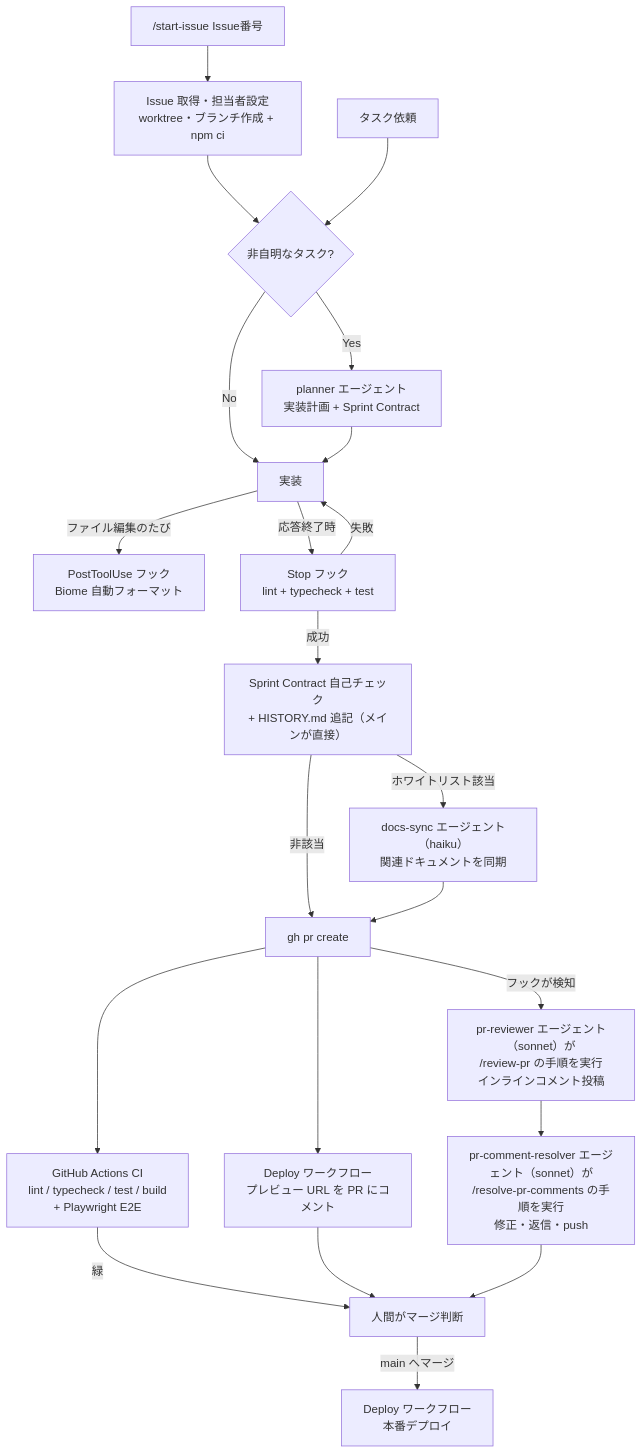
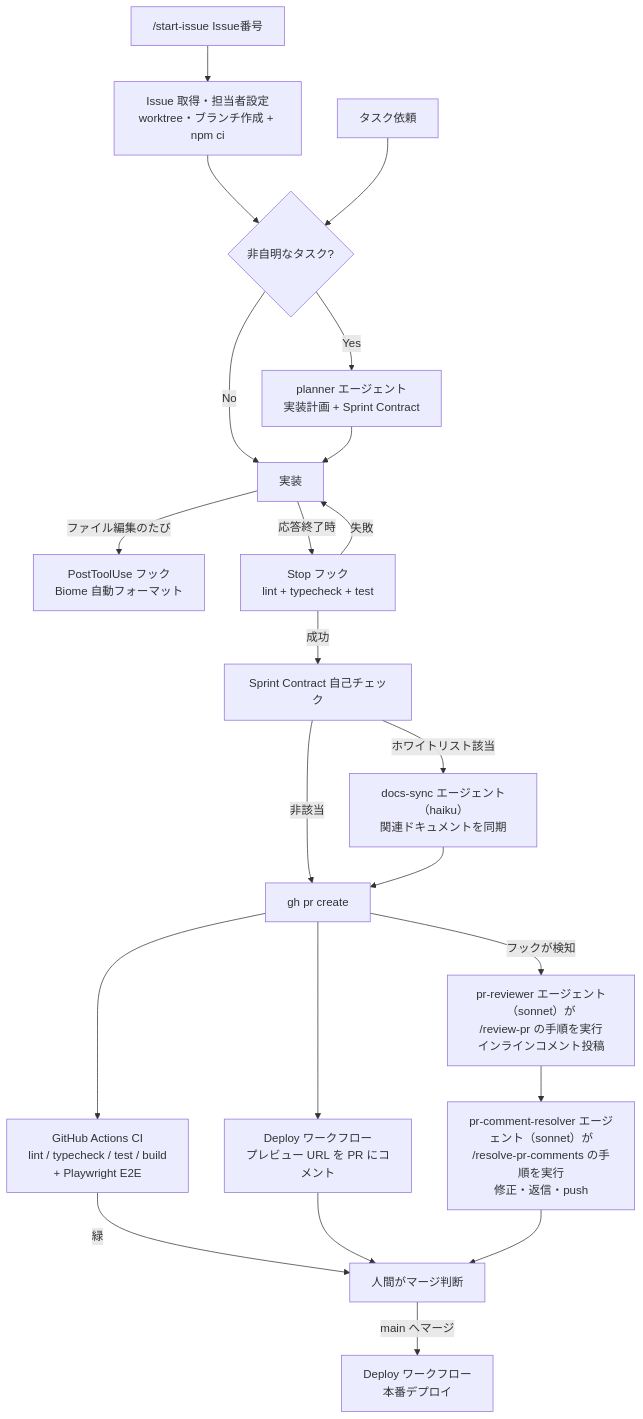
One commit to Suemura/client-side-image-converter changed the diagram in docs/HARNESS.md. Above: the diagram before and after it, drawn with Mermaid. The commit also changed other lines of this file and 7 other files, not shown here.

````diff
--- a/docs/HARNESS.md
+++ b/docs/HARNESS.md
@@ -10,24 +10,24 @@
 ```mermaid
 flowchart TD
     S["/start-issue Issue番号"] --> S2[Issue 取得・担当者設定<br>worktree・ブランチ作成 + npm ci]
     S2 --> B
     A[タスク依頼] --> B{非自明なタスク?}
     B -- Yes --> C[planner エージェント<br>実装計画 + Sprint Contract]
     B -- No --> D[実装]
     C --> D
     D -- ファイル編集のたび --> E[PostToolUse フック<br>Biome 自動フォーマット]
     D -- 応答終了時 --> F[Stop フック<br>lint + typecheck + test]
     F -- 失敗 --> D
-    F -- 成功 --> V[Sprint Contract 自己チェック<br>+ HISTORY.md 追記（メインが直接）]
+    F -- 成功 --> V[Sprint Contract 自己チェック]
     V -- ホワイトリスト該当 --> N[docs-sync エージェント（haiku）<br>関連ドキュメントを同期]
     V -- 非該当 --> H[gh pr create]
     N --> H
     H -- フックが検知 --> I[pr-reviewer エージェント（sonnet）が<br>/review-pr の手順を実行<br>インラインコメント投稿]
     I --> J[pr-comment-resolver エージェント（sonnet）が<br>/resolve-pr-comments の手順を実行<br>修正・返信・push]
     H --> K[GitHub Actions CI<br>lint / typecheck / test / build<br>+ Playwright E2E]
     H --> P[Deploy ワークフロー<br>プレビュー URL を PR にコメント]
     K -- 緑 --> L[人間がマージ判断]
     P --> L
     J --> L
     L -- main へマージ --> M[Deploy ワークフロー<br>本番デプロイ]
 ```
````
